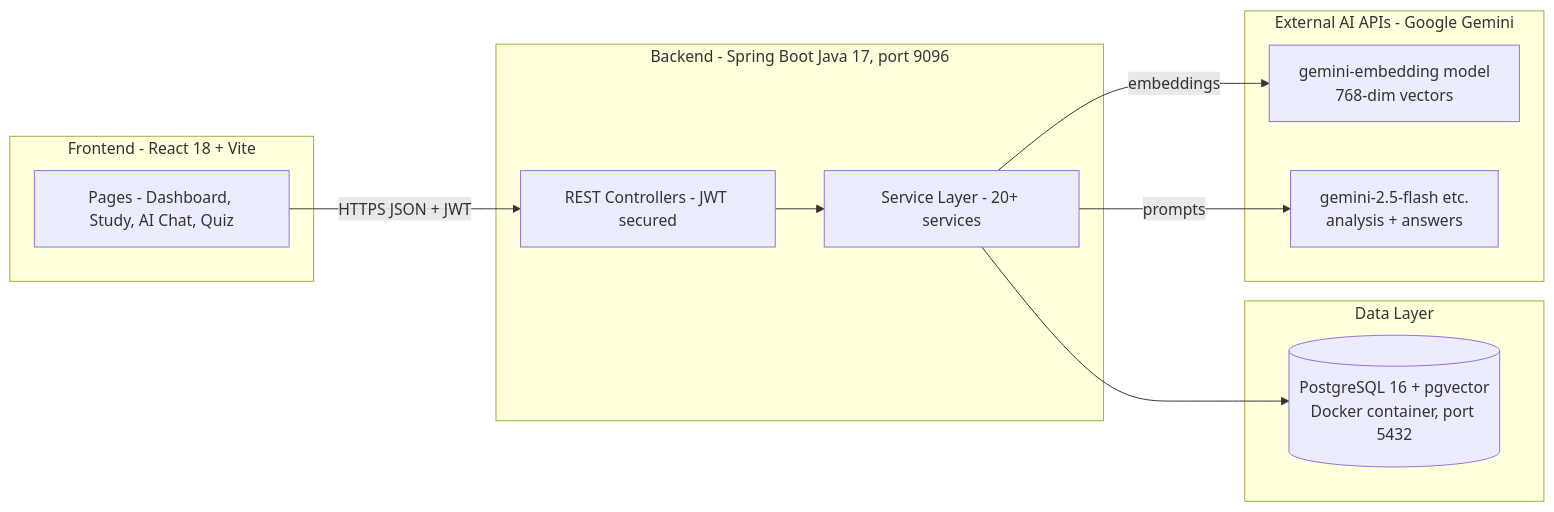
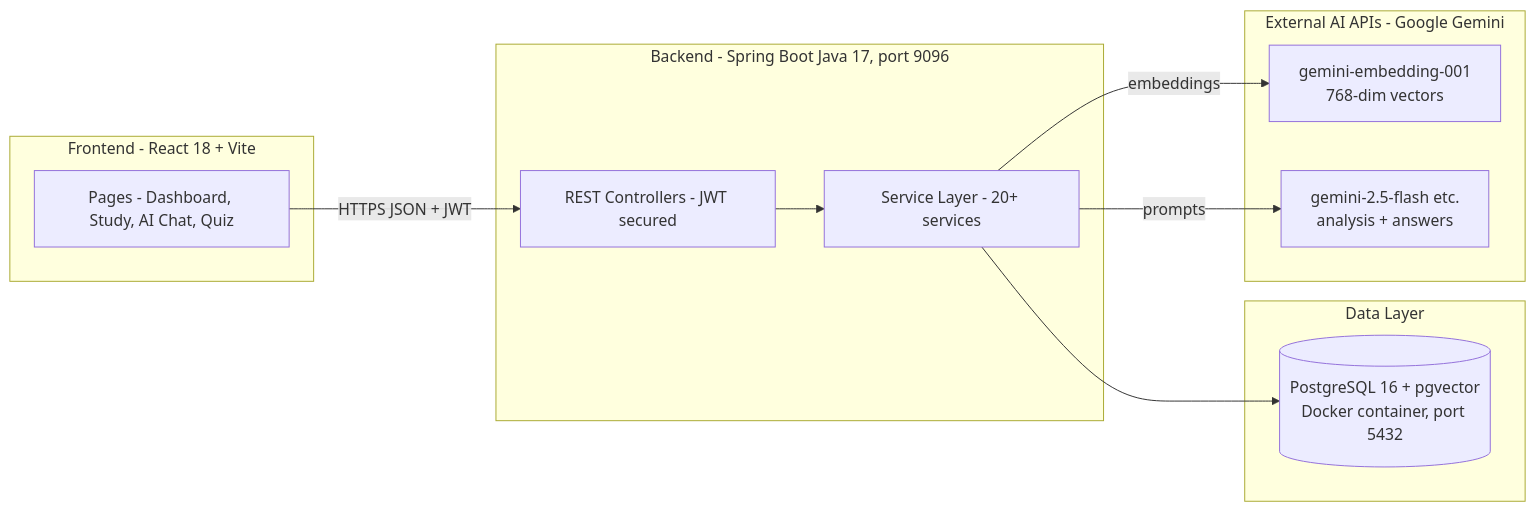
The first of 5 diagrams in docs/WORKFLOW.md (itsujwal11/aiStudyPlanner), drawn with Mermaid before and after one commit. The commit also changed other lines of this file and 13 other files, not shown here.

````diff
--- a/docs/WORKFLOW.md
+++ b/docs/WORKFLOW.md
@@ -14,25 +14,25 @@
 ```mermaid
 flowchart LR
     subgraph Client["Frontend - React 18 + Vite"]
         UI[Pages - Dashboard, Study, AI Chat, Quiz]
     end
 
     subgraph Backend["Backend - Spring Boot Java 17, port 9096"]
         API[REST Controllers - JWT secured]
         SVC[Service Layer - 20+ services]
     end
 
     subgraph Data["Data Layer"]
         PG[("PostgreSQL 16 + pgvector<br/>Docker container, port 5432")]
     end
 
     subgraph External["External AI APIs - Google Gemini"]
-        EMB[gemini-embedding model<br/>768-dim vectors]
+        EMB[gemini-embedding-001<br/>768-dim vectors]
         LLM[gemini-2.5-flash etc.<br/>analysis + answers]
     end
 
     UI -->|HTTPS JSON + JWT| API
     API --> SVC --> PG
     SVC -->|embeddings| EMB
     SVC -->|prompts| LLM
 ```
````
